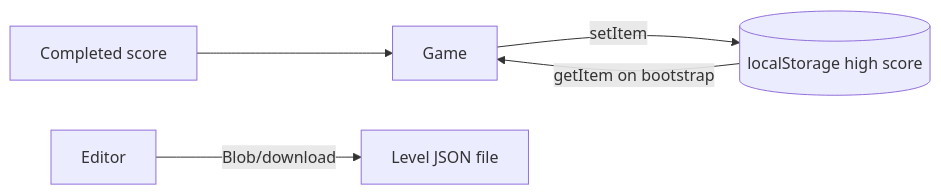
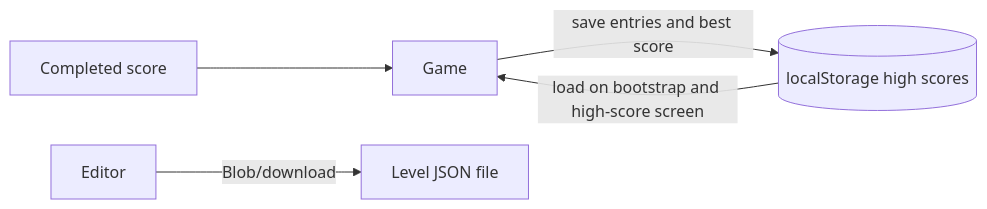
One commit to Newah1/SpacedPenguin changed diagram 14 of 15 in ARCHITECTURE.md. Above: the diagram before and after it, drawn with Mermaid. The commit also changed other lines of this file and 14 other files, not shown here.

Commit message:
high score and doc updates

````diff
--- a/ARCHITECTURE.md
+++ b/ARCHITECTURE.md
@@ -506,7 +506,7 @@
 ```mermaid
 flowchart LR
     Score[Completed score] --> Game
-    Game -->|setItem| Local[(localStorage high score)]
-    Local -->|getItem on bootstrap| Game
+    Game -->|save entries and best score| Local[(localStorage high scores)]
+    Local -->|load on bootstrap and high-score screen| Game
     Editor -->|Blob/download| JSON[Level JSON file]
 ```
````
